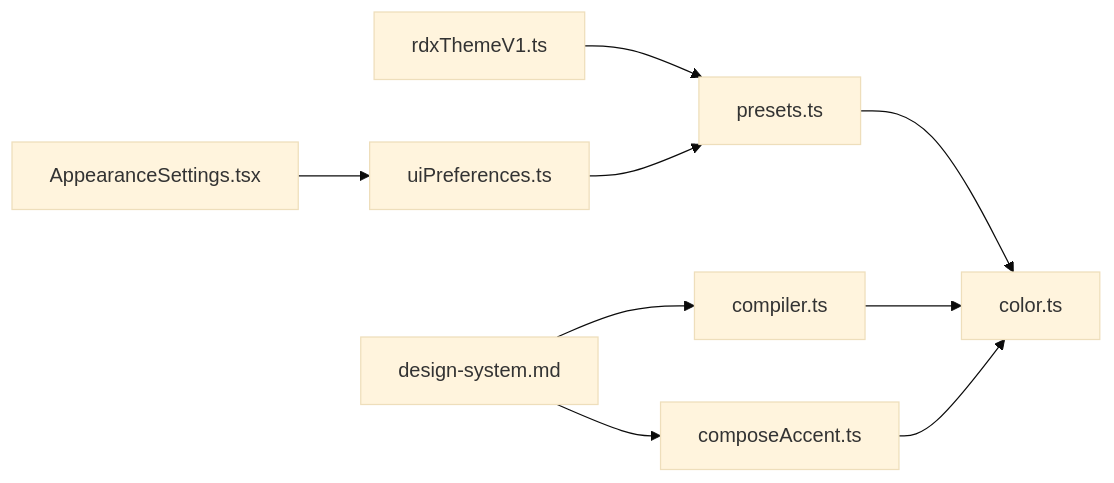
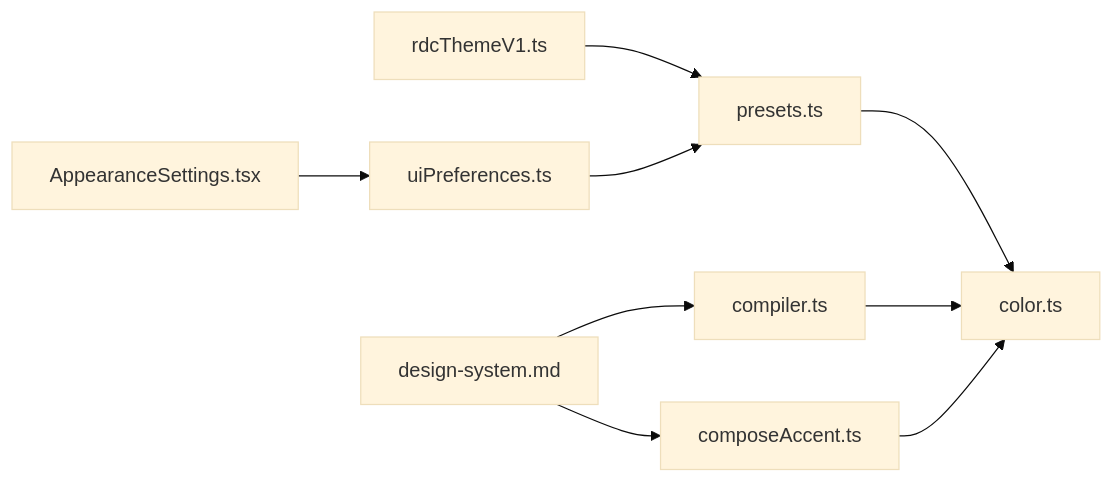
One commit to haolange/RDC-Agent changed the third of 3 diagrams in .qoder/repowiki/zh/content/用户界面/设置面板/外观设置.md. Above: the diagram before and after it, drawn with Mermaid (base theme). The commit also changed other lines of this file and 557 other files, not shown here.

````diff
--- a/.qoder/repowiki/zh/content/用户界面/设置面板/外观设置.md
+++ b/.qoder/repowiki/zh/content/用户界面/设置面板/外观设置.md
@@ -214,11 +214,11 @@
 ```mermaid
 graph LR
 Presets["presets.ts"] --> Color["color.ts"]
 Compiler["compiler.ts"] --> Color
 Compose["composeAccent.ts"] --> Color
-RDX["rdxThemeV1.ts"] --> Presets
+RDC["rdcThemeV1.ts"] --> Presets
 UIPrefs["uiPreferences.ts"] --> Presets
 Appearance["AppearanceSettings.tsx"] --> UIPrefs
 Design["design-system.md"] --> Compiler
 Design --> Compose
 ```
````
